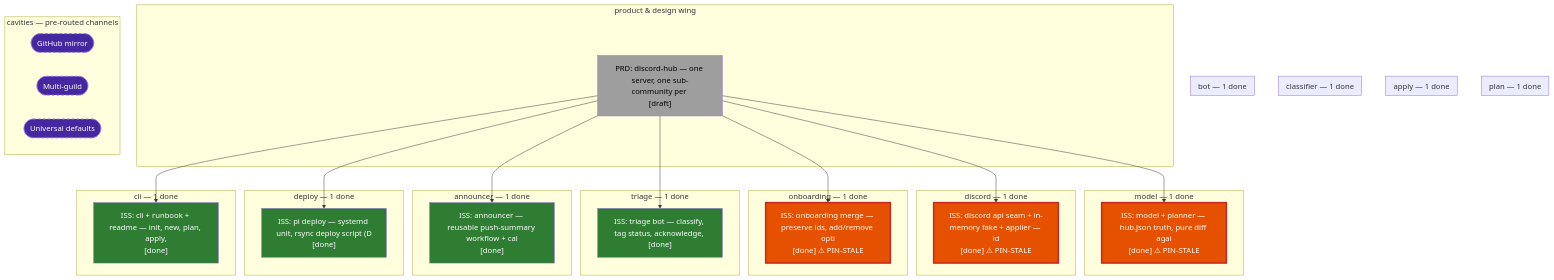
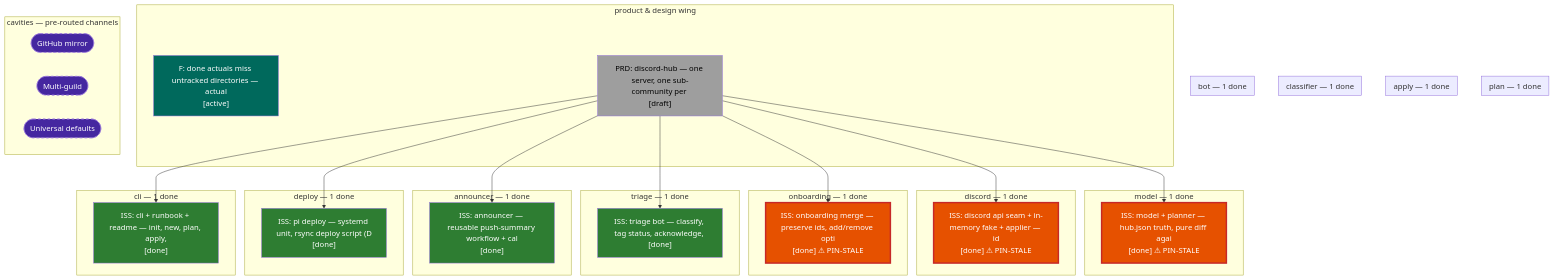
One commit to ajkatz/discord-hub changed the diagram in mural/map.md. Above: the diagram before and after it, drawn with Mermaid. The commit also changed other lines of this file and 10 other files, not shown here.

````diff
--- a/mural/map.md
+++ b/mural/map.md
@@ -6,61 +6,62 @@
 ```mermaid
 flowchart TD
     subgraph R_model["model — 1 done"]
         ISS_01M4YRK271FFV7JQGVRH31XMB5["ISS: model + planner — hub.json truth, pure diff agai<br/>[done] ⚠ PIN-STALE"]:::pinstale
     end
     subgraph R_plan["plan — 1 done"]
         ISS_01M4YRK271FFV7JQGVRH31XMB5["ISS: model + planner — hub.json truth, pure diff agai<br/>[done] ⚠ PIN-STALE"]:::pinstale
     end
     subgraph R_discord["discord — 1 done"]
         ISS_01M4YRK28WWY8PXJ54M3MNX4M0["ISS: discord api seam + in-memory fake + applier — id<br/>[done] ⚠ PIN-STALE"]:::pinstale
     end
     subgraph R_apply["apply — 1 done"]
         ISS_01M4YRK28WWY8PXJ54M3MNX4M0["ISS: discord api seam + in-memory fake + applier — id<br/>[done] ⚠ PIN-STALE"]:::pinstale
     end
     subgraph R_onboarding["onboarding — 1 done"]
         ISS_01M4YRK2AMTS9NS8QGGV8PZRCV["ISS: onboarding merge — preserve ids, add/remove opti<br/>[done] ⚠ PIN-STALE"]:::pinstale
     end
     subgraph R_triage["triage — 1 done"]
         ISS_01M4YS4JPD4GTYTH3BC87FY61Q["ISS: triage bot — classify, tag status, acknowledge, <br/>[done]"]:::done
     end
     subgraph R_classifier["classifier — 1 done"]
         ISS_01M4YS4JPD4GTYTH3BC87FY61Q["ISS: triage bot — classify, tag status, acknowledge, <br/>[done]"]:::done
     end
     subgraph R_bot["bot — 1 done"]
         ISS_01M4YS4JPD4GTYTH3BC87FY61Q["ISS: triage bot — classify, tag status, acknowledge, <br/>[done]"]:::done
     end
     subgraph R_announcer["announcer — 1 done"]
         ISS_01M4YS4JR84N865A2GE202351A["ISS: announcer — reusable push-summary workflow + cal<br/>[done]"]:::done
     end
     subgraph R_deploy["deploy — 1 done"]
         ISS_01M4YS4JT1NBYWK02Q0X4XHT4G["ISS: pi deploy — systemd unit, rsync deploy script (D<br/>[done]"]:::done
     end
     subgraph R_cli["cli — 1 done"]
         ISS_01M4YRK2CD4S2WNDHCEFJPFZVH["ISS: cli + runbook + readme — init, new, plan, apply,<br/>[done]"]:::done
     end
     subgraph WING["product & design wing"]
+        F_01M4YSPEQSEHZREY1K1006BK1A["F: done actuals miss untracked directories — actual<br/>[active]"]:::active
         PRD_01M4YRFMPVGJJ0XENSA97NBGBW["PRD: discord-hub — one server, one sub-community per <br/>[draft]"]:::draft
     end
     subgraph CAV["cavities — pre-routed channels"]
         C_GitHub_mirror(["GitHub mirror"]):::cavity
         C_Multi_guild(["Multi-guild"]):::cavity
         C_Universal_defaults(["Universal defaults"]):::cavity
     end
     PRD_01M4YRFMPVGJJ0XENSA97NBGBW --> ISS_01M4YRK271FFV7JQGVRH31XMB5
     PRD_01M4YRFMPVGJJ0XENSA97NBGBW --> ISS_01M4YRK28WWY8PXJ54M3MNX4M0
     PRD_01M4YRFMPVGJJ0XENSA97NBGBW --> ISS_01M4YRK2AMTS9NS8QGGV8PZRCV
     PRD_01M4YRFMPVGJJ0XENSA97NBGBW --> ISS_01M4YRK2CD4S2WNDHCEFJPFZVH
     PRD_01M4YRFMPVGJJ0XENSA97NBGBW --> ISS_01M4YS4JPD4GTYTH3BC87FY61Q
     PRD_01M4YRFMPVGJJ0XENSA97NBGBW --> ISS_01M4YS4JR84N865A2GE202351A
     PRD_01M4YRFMPVGJJ0XENSA97NBGBW --> ISS_01M4YS4JT1NBYWK02Q0X4XHT4G
     classDef done fill:#2e7d32,color:#fff
     classDef ready fill:#1565c0,color:#fff
     classDef inprog fill:#f9a825,color:#000
     classDef draft fill:#9e9e9e,color:#000
     classDef bad fill:#c62828,color:#fff
     classDef active fill:#00695c,color:#fff
     classDef other fill:#6a1b9a,color:#fff
     classDef pinstale fill:#e65100,color:#fff,stroke:#c62828,stroke-width:3px
     classDef cavity fill:#4527a0,color:#fff,stroke-dasharray: 5 5
     classDef empty fill:transparent,stroke:transparent
 ```
````
